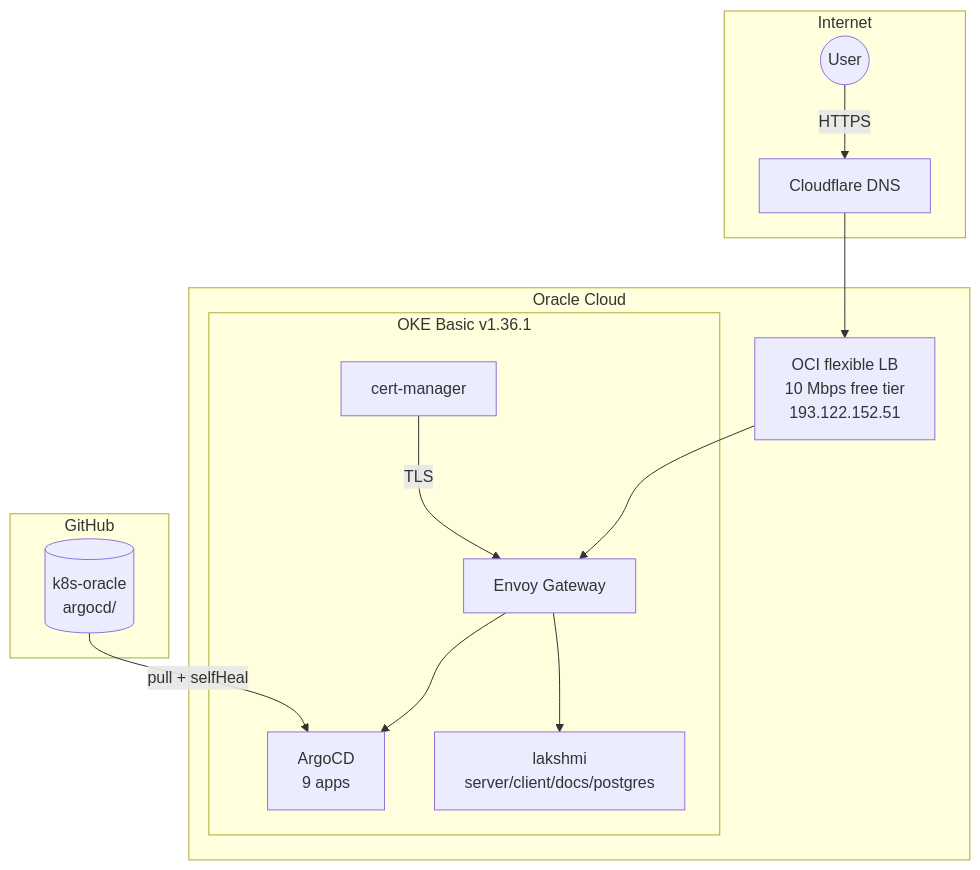
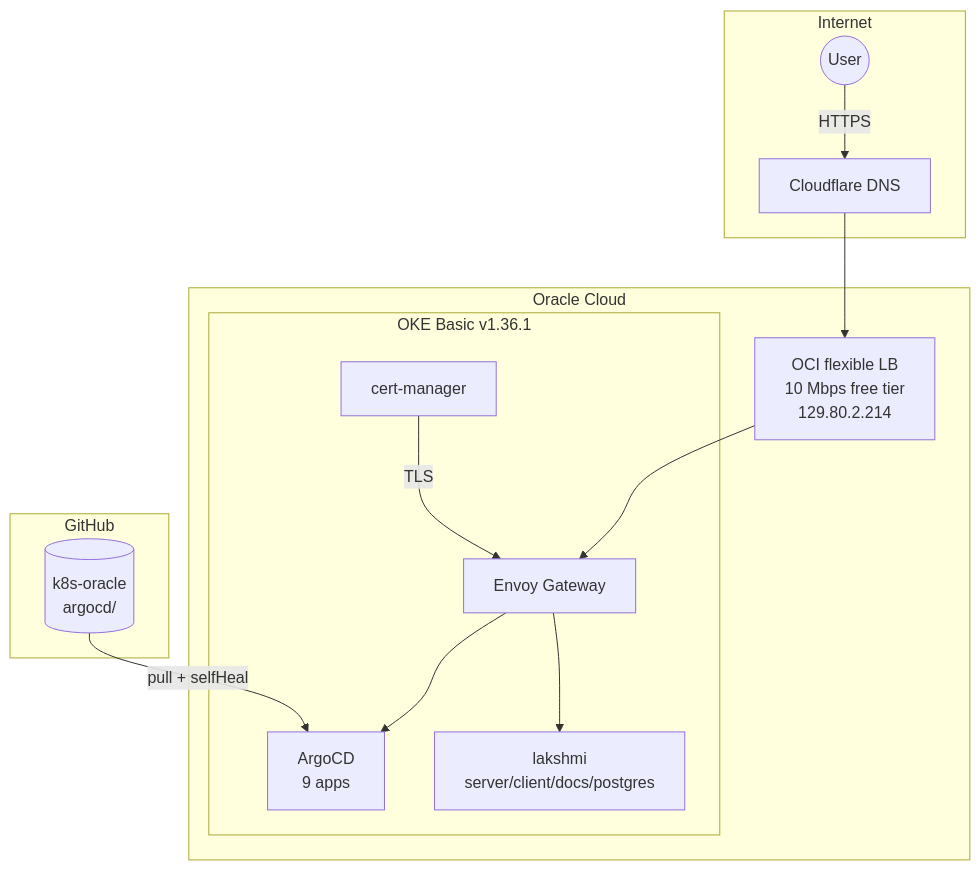
One commit to nsudhanva/k8s-oracle changed the first of 2 diagrams in README.md. Above: the diagram before and after it, drawn with Mermaid. The commit also changed other lines of this file and 6 other files, not shown here.

````diff
--- a/README.md
+++ b/README.md
@@ -7,29 +7,29 @@
 ```mermaid
 graph TB
     subgraph Internet
         User((User))
         CF[Cloudflare DNS]
     end
 
     subgraph OCI["Oracle Cloud"]
-        LB[OCI flexible LB<br/>10 Mbps free tier<br/>193.122.152.51]
+        LB[OCI flexible LB<br/>10 Mbps free tier<br/>129.80.2.214]
         subgraph OKE["OKE Basic v1.36.1"]
             EG[Envoy Gateway]
             ARGO[ArgoCD<br/>9 apps]
             LAK[lakshmi<br/>server/client/docs/postgres]
             CM[cert-manager]
         end
     end
 
     subgraph GitHub
         Repo[(k8s-oracle<br/>argocd/)]
     end
 
     User -->|HTTPS| CF
     CF --> LB
     LB --> EG
     EG --> LAK
     EG --> ARGO
     Repo -->|pull + selfHeal| ARGO
     CM -->|TLS| EG
 ```
````
